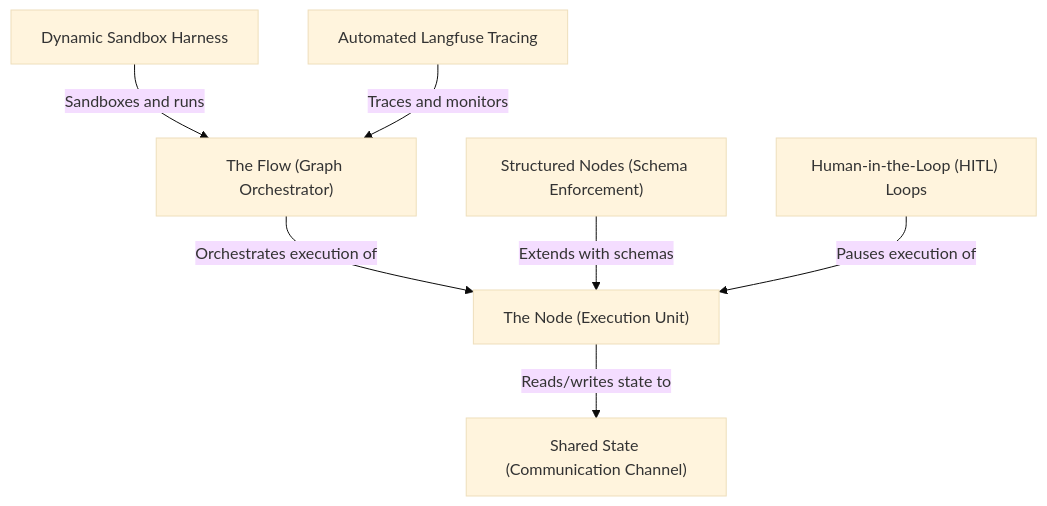
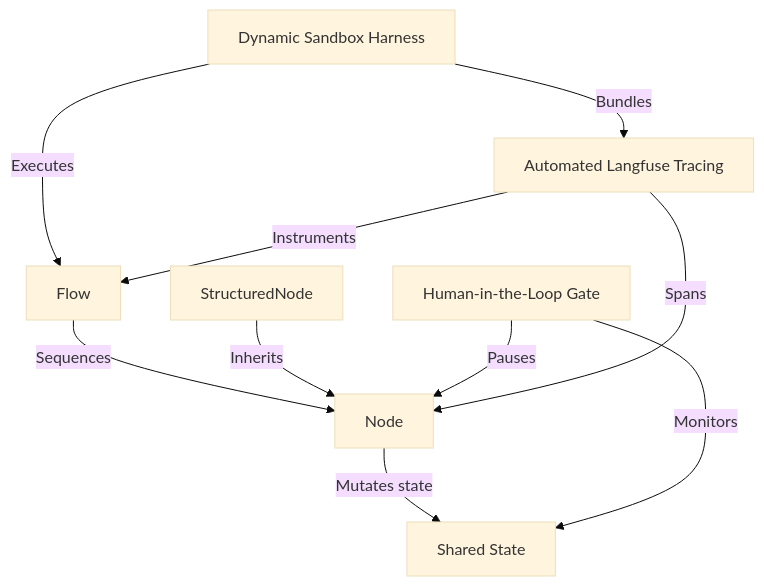
The diagram in Tutorials/00_index.md (mbenetti/pi-dynamic-workflow), drawn with Mermaid (base theme) before and after one commit. The commit also changed other lines of this file and 17 other files, not shown here.

First line of the commit message:
Add comprehensive tutorials for StructuredNode, Human-in-the-Loop Gate, Dynamic Sandbox Harness, and Automated Langfuse Tracing

````diff
--- a/Tutorials/00_index.md
+++ b/Tutorials/00_index.md
@@ -8,23 +7,19 @@
 ```mermaid
 flowchart TD
-    A0["The Node (Execution Unit)
-"]
-    A1["The Flow (Graph Orchestrator)
-"]
-    A2["Shared State (Communication Channel)
-"]
-    A3["Dynamic Sandbox Harness
-"]
-    A4["Automated Langfuse Tracing
-"]
-    A5["Structured Nodes (Schema Enforcement)
-"]
-    A6["Human-in-the-Loop (HITL) Loops
-"]
-    A1 -- "Orchestrates execution of" --> A0
-    A0 -- "Reads/writes state to" --> A2
-    A3 -- "Sandboxes and runs" --> A1
-    A4 -- "Traces and monitors" --> A1
-    A5 -- "Extends with schemas" --> A0
-    A6 -- "Pauses execution of" --> A0
+    A0["Shared State"]
+    A1["Node"]
+    A2["Flow"]
+    A3["StructuredNode"]
+    A4["Human-in-the-Loop Gate"]
+    A5["Dynamic Sandbox Harness"]
+    A6["Automated Langfuse Tracing"]
+    A2 -- "Sequences" --> A1
+    A1 -- "Mutates state" --> A0
+    A3 -- "Inherits" --> A1
+    A4 -- "Pauses" --> A1
+    A4 -- "Monitors" --> A0
+    A5 -- "Executes" --> A2
+    A5 -- "Bundles" --> A6
+    A6 -- "Instruments" --> A2
+    A6 -- "Spans" --> A1
 ```
````
